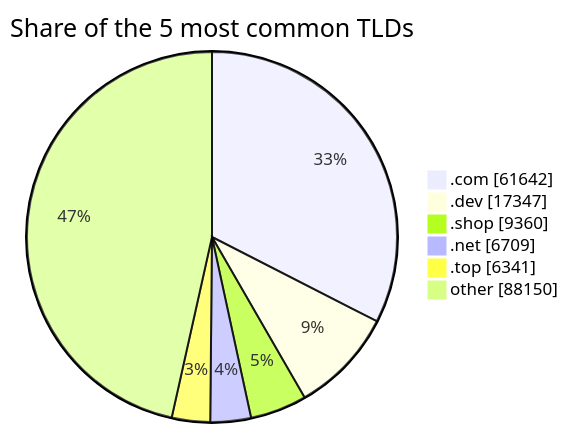
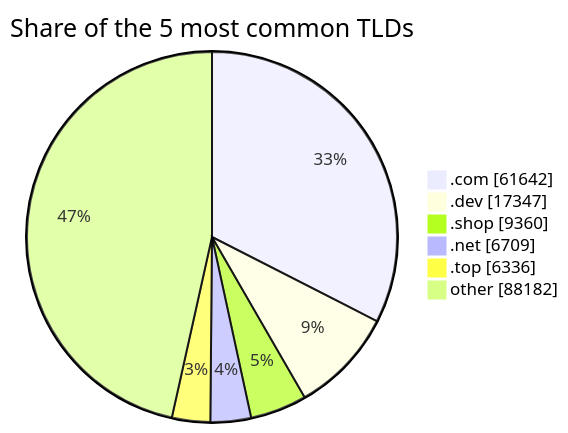
Before and after one commit to DNSBunker/CTI: the third of 3 diagrams in README.md, drawn with Mermaid. The commit also changed other lines of this file and 3 other files, not shown here.

````diff
--- a/README.md
+++ b/README.md
@@ -81,9 +81,9 @@
 ```mermaid
 pie showData title Share of the 5 most common TLDs
     ".com" : 61642
     ".dev" : 17347
     ".shop" : 9360
     ".net" : 6709
-    ".top" : 6341
-    "other" : 88150
+    ".top" : 6336
+    "other" : 88182
 ```
````
